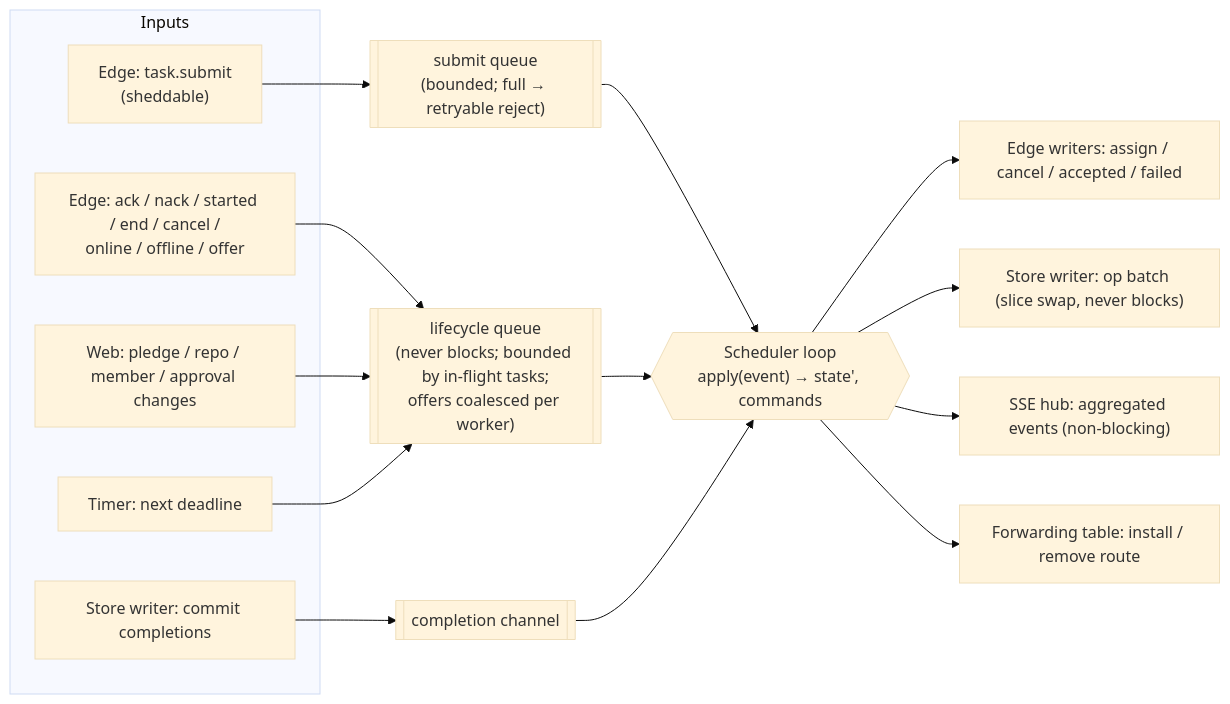
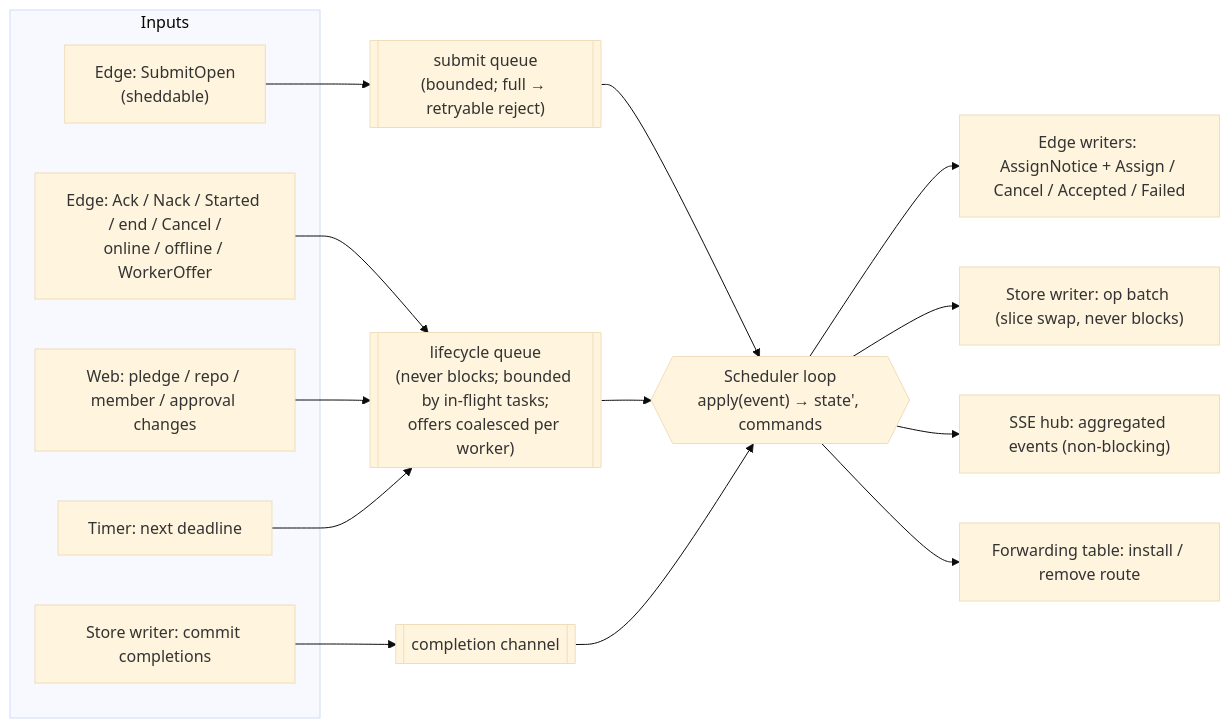
One commit to moochy-dev/moochy-docs changed the first of 2 diagrams in docs/plan/04-routing-engine.md. Above: the diagram before and after it, drawn with Mermaid (base theme). The commit also changed other lines of this file and 5 other files, not shown here.

````diff
--- a/docs/plan/04-routing-engine.md
+++ b/docs/plan/04-routing-engine.md
@@ -23,25 +27,25 @@
 ```mermaid
 flowchart LR
   subgraph Inputs
-    S["Edge: task.submit<br/>(sheddable)"]
-    L["Edge: ack / nack / started / end / cancel /<br/>online / offline / offer"]
+    S["Edge: SubmitOpen<br/>(sheddable)"]
+    L["Edge: Ack / Nack / Started / end / Cancel /<br/>online / offline / WorkerOffer"]
     W["Web: pledge / repo / member / approval changes"]
     T["Timer: next deadline"]
     C["Store writer: commit completions"]
   end
   SQ[["submit queue<br/>(bounded; full → retryable reject)"]]
   LQ[["lifecycle queue<br/>(never blocks; bounded by in-flight tasks;<br/>offers coalesced per worker)"]]
   CQ[["completion channel"]]
   S --> SQ
   L --> LQ
   W --> LQ
   T --> LQ
   C --> CQ
   SQ --> LOOP{{"Scheduler loop<br/>apply(event) → state', commands"}}
   LQ --> LOOP
   CQ --> LOOP
-  LOOP --> O1["Edge writers: assign / cancel / accepted / failed"]
+  LOOP --> O1["Edge writers: AssignNotice + Assign / Cancel / Accepted / Failed"]
   LOOP --> O2["Store writer: op batch (slice swap, never blocks)"]
   LOOP --> O3["SSE hub: aggregated events (non-blocking)"]
   LOOP --> O4["Forwarding table: install / remove route"]
 ```
````
